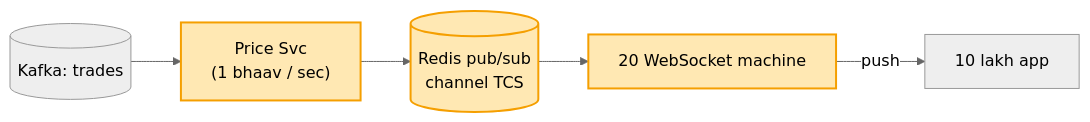
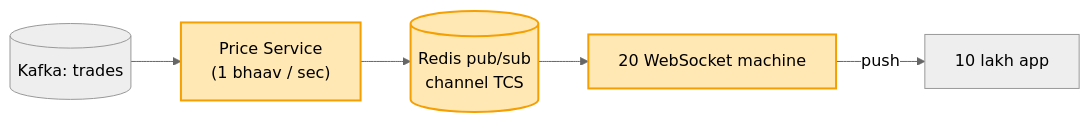
The eighth of 8 diagrams in 04_HLD/SYSTEM_DESIGNS/05_stock_broker_trading/05_stock_broker_trading.md (ArpanMaheshwari144/Prep), drawn with Mermaid (neutral theme) before and after one commit. The commit also changed other lines of this file and 8 other files, not shown here.

````diff
--- a/04_HLD/SYSTEM_DESIGNS/05_stock_broker_trading/05_stock_broker_trading.md
+++ b/04_HLD/SYSTEM_DESIGNS/05_stock_broker_trading/05_stock_broker_trading.md
@@ -330,10 +330,10 @@
 ```mermaid
 flowchart LR
-    K[("Kafka: trades")] --> PS["Price Svc<br/>(1 bhaav / sec)"]
+    K[("Kafka: trades")] --> PS["Price Service<br/>(1 bhaav / sec)"]
     PS --> RP[("Redis pub/sub<br/>channel TCS")]
     RP --> W["20 WebSocket machine"]
     W -- "push" --> U["10 lakh app"]
     style PS fill:#ffe8b3,stroke:#f59f00,stroke-width:2px,color:#000
     style RP fill:#ffe8b3,stroke:#f59f00,stroke-width:2px,color:#000
     style W fill:#ffe8b3,stroke:#f59f00,stroke-width:2px,color:#000
 ```
````
